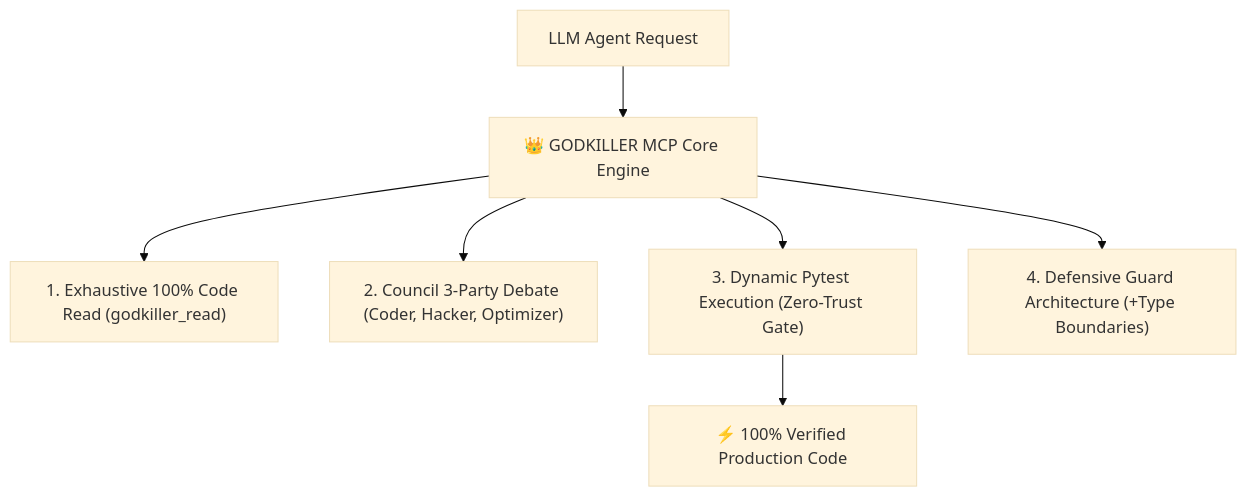
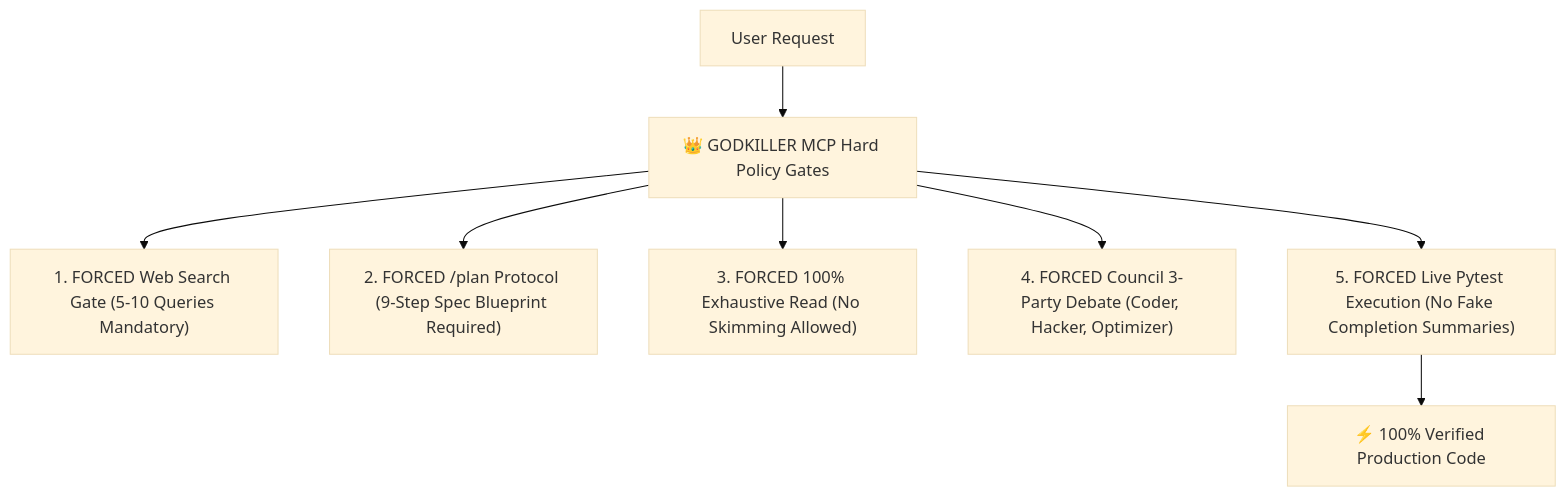
One commit to taurus42119-stack/godkiller-mcp changed the diagram in README.md. Above: the diagram before and after it, drawn with Mermaid (base theme). The commit also changed other lines of this file, not shown here.

Commit message:
docs: Add Star banner, social contacts (FB/IG), relatable AI pain points roast, and forced plan mechanics

````diff
--- a/README.md
+++ b/README.md
@@ -42,9 +33,10 @@
 ```mermaid
 graph TD
-    A["LLM Agent Request"] --> B["👑 GODKILLER MCP Core Engine"]
-    B --> C["1. Exhaustive 100% Code Read (godkiller_read)"]
-    B --> D["2. Council 3-Party Debate (Coder, Hacker, Optimizer)"]
-    B --> E["3. Dynamic Pytest Execution (Zero-Trust Gate)"]
-    B --> F["4. Defensive Guard Architecture (+Type Boundaries)"]
-    E --> G["⚡ 100% Verified Production Code"]
+    A["User Request"] --> B["👑 GODKILLER MCP Hard Policy Gates"]
+    B --> C["1. FORCED Web Search Gate (5-10 Queries Mandatory)"]
+    B --> D["2. FORCED /plan Protocol (9-Step Spec Blueprint Required)"]
+    B --> E["3. FORCED 100% Exhaustive Read (No Skimming Allowed)"]
+    B --> F["4. FORCED Council 3-Party Debate (Coder, Hacker, Optimizer)"]
+    B --> G["5. FORCED Live Pytest Execution (No Fake Completion Summaries)"]
+    G --> H["⚡ 100% Verified Production Code"]
 ```
````
